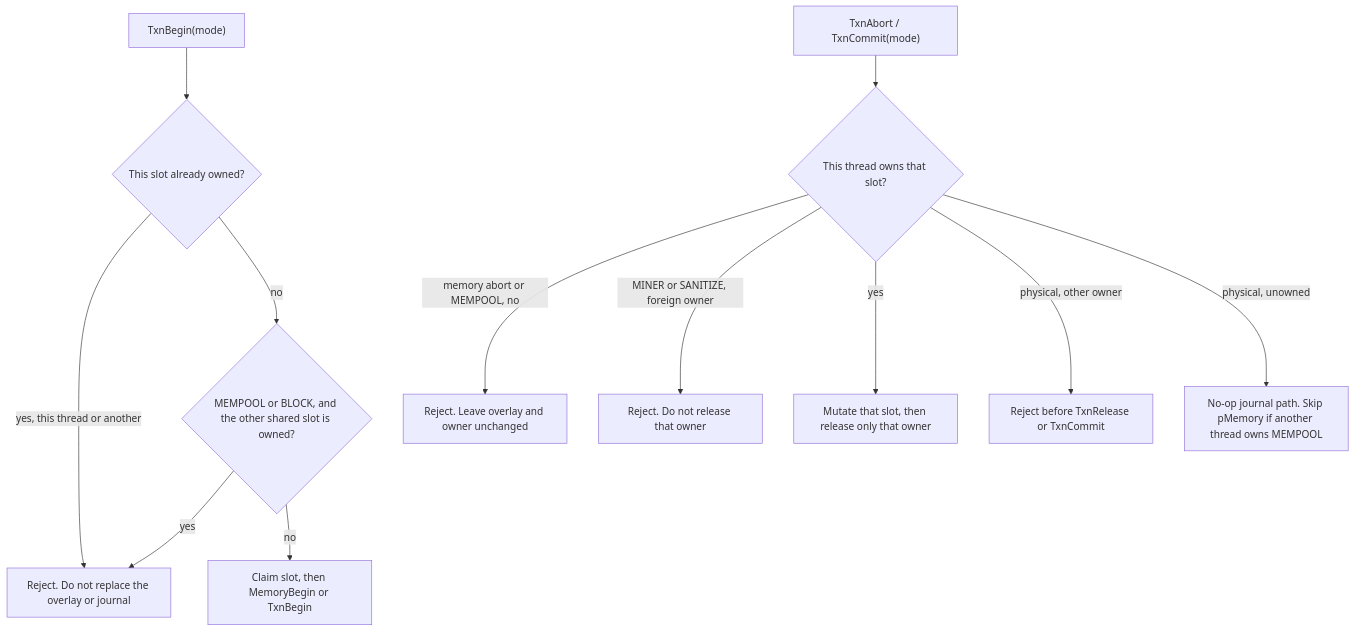
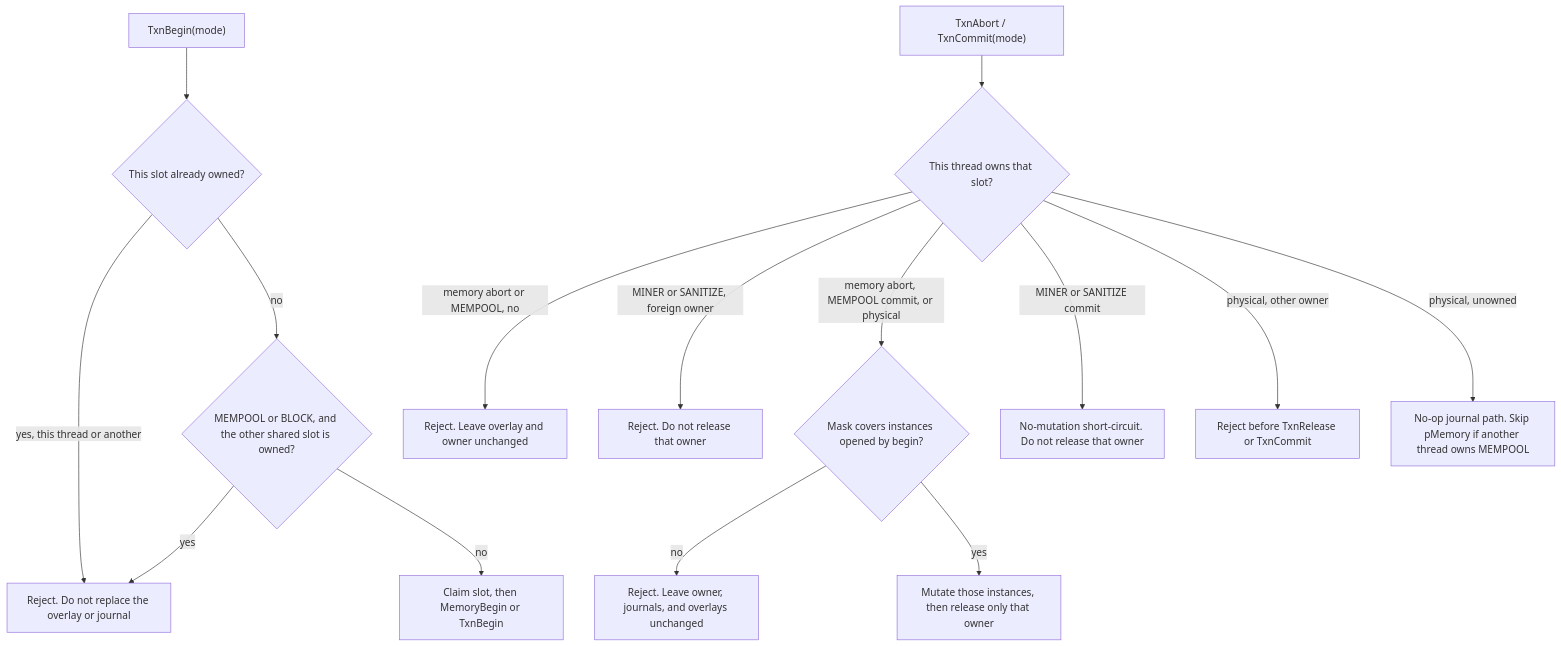
One commit to NamecoinGithub/LLL-TAO changed the diagram in docs/diagrams/architecture/lld-global-transactions.md. Above: the diagram before and after it, drawn with Mermaid. The commit also changed other lines of this file and 5 other files, not shown here.

Commit message:
Reject LLD commits that omit opened instances

````diff
--- a/docs/diagrams/architecture/lld-global-transactions.md
+++ b/docs/diagrams/architecture/lld-global-transactions.md
@@ -7,15 +7,18 @@
 ```mermaid
 flowchart TD
     A["TxnBegin(mode)"] --> B{"This slot already owned?"}
     B -->|yes, this thread or another| C["Reject. Do not replace the overlay or journal"]
     B -->|no| S{"MEMPOOL or BLOCK, and the other shared slot is owned?"}
     S -->|yes| C
     S -->|no| D["Claim slot, then MemoryBegin or TxnBegin"]
 
     E["TxnAbort / TxnCommit(mode)"] --> F{"This thread owns that slot?"}
     F -->|memory abort or MEMPOOL, no| G["Reject. Leave overlay and owner unchanged"]
     F -->|MINER or SANITIZE, foreign owner| K["Reject. Do not release that owner"]
-    F -->|yes| H["Mutate that slot, then release only that owner"]
+    F -->|memory abort, MEMPOOL commit, or physical| M{"Mask covers instances opened by begin?"}
+    M -->|no| N["Reject. Leave owner, journals, and overlays unchanged"]
+    M -->|yes| H["Mutate those instances, then release only that owner"]
+    F -->|MINER or SANITIZE commit| P["No-mutation short-circuit. Do not release that owner"]
     F -->|physical, other owner| I["Reject before TxnRelease or TxnCommit"]
     F -->|physical, unowned| J["No-op journal path. Skip pMemory if another thread owns MEMPOOL"]
 ```
````
